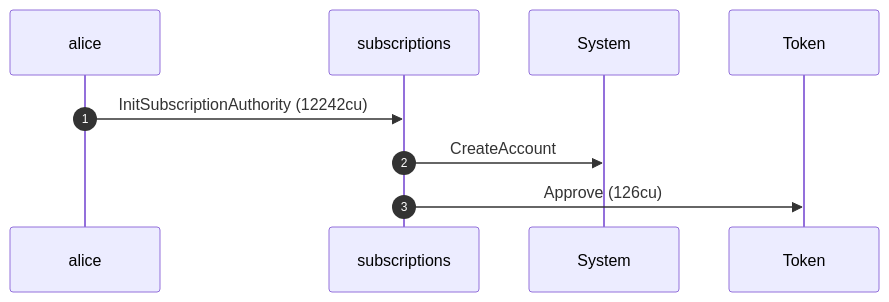
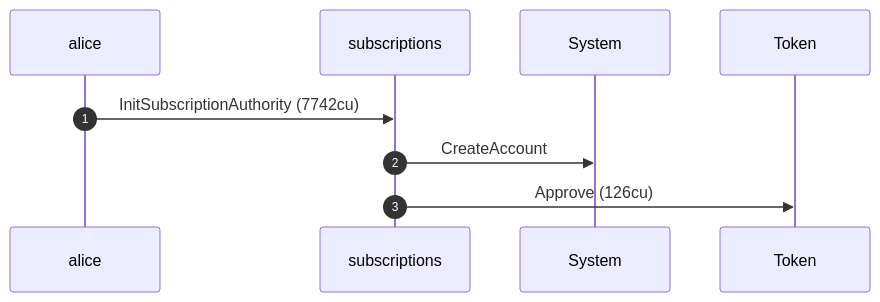
Before and after one commit to cds-rs/subscriptions: the first of 4 diagrams in dsl_tests/create-fixed-delegation--writable-accounts-must-be-writable.md, drawn with Mermaid. The commit also changed other lines of this file and 224 other files, not shown here.

````diff
--- a/dsl_tests/create-fixed-delegation--writable-accounts-must-be-writable.md
+++ b/dsl_tests/create-fixed-delegation--writable-accounts-must-be-writable.md
@@ -22,11 +23,11 @@
 ```mermaid
 sequenceDiagram
     autonumber
     participant alice
     participant subscriptions
     participant System
     participant Token
-    alice ->> subscriptions: InitSubscriptionAuthority (12242cu)
+    alice ->> subscriptions: InitSubscriptionAuthority (7742cu)
     subscriptions ->> System: CreateAccount
     subscriptions ->> Token: Approve (126cu)
 ```
````
